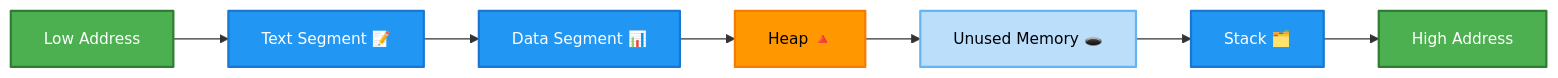
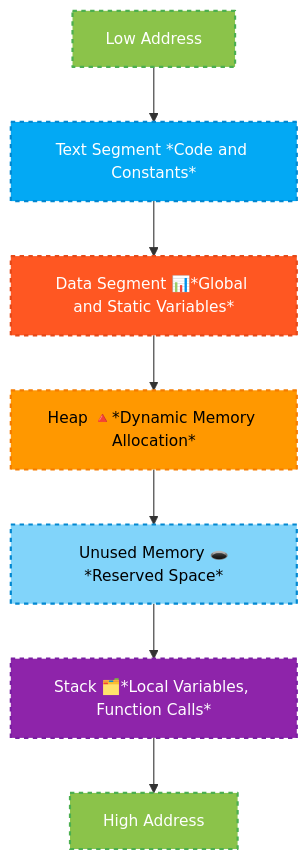
Before and after one commit to infoyouth/infoyouth.github.io: the second of 8 diagrams in _posts/2024-12-17-12.-c-memory-management.md, drawn with Mermaid. The commit also changed other lines of this file and 1 other file, not shown here.

````diff
--- a/_posts/2024-12-17-12.-c-memory-management.md
+++ b/_posts/2024-12-17-12.-c-memory-management.md
@@ -103,20 +104,35 @@
 ```mermaid
-graph LR
+graph TD
   %% Node Styles
-  style A fill:#4CAF50,stroke:#2E7D32,stroke-width:2,color:#FFFFFF,font-size:14px,stroke-linejoin:round
-  style B fill:#2196F3,stroke:#1976D2,stroke-width:2,color:#FFFFFF,font-size:14px,stroke-linejoin:round
-  style C fill:#2196F3,stroke:#1976D2,stroke-width:2,color:#FFFFFF,font-size:14px,stroke-linejoin:round
+  style A fill:#8BC34A,stroke:#4CAF50,stroke-width:2,color:#FFFFFF,font-size:14px,stroke-linejoin:round
+  style B fill:#03A9F4,stroke:#0288D1,stroke-width:2,color:#FFFFFF,font-size:14px,stroke-linejoin:round
+  style C fill:#FF5722,stroke:#E64A19,stroke-width:2,color:#FFFFFF,font-size:14px,stroke-linejoin:round
   style D fill:#FF9800,stroke:#F57C00,stroke-width:2,color:#000000,font-size:14px,stroke-linejoin:round
-  style E fill:#BBDEFB,stroke:#64B5F6,stroke-width:2,color:#000000,font-size:14px,stroke-linejoin:round
-  style F fill:#2196F3,stroke:#1976D2,stroke-width:2,color:#FFFFFF,font-size:14px,stroke-linejoin:round
-  style G fill:#4CAF50,stroke:#2E7D32,stroke-width:2,color:#FFFFFF,font-size:14px,stroke-linejoin:round
+  style E fill:#81D4FA,stroke:#0288D1,stroke-width:2,color:#000000,font-size:14px,stroke-linejoin:round
+  style F fill:#8E24AA,stroke:#7B1FA2,stroke-width:2,color:#FFFFFF,font-size:14px,stroke-linejoin:round
+  style G fill:#8BC34A,stroke:#4CAF50,stroke-width:2,color:#FFFFFF,font-size:14px,stroke-linejoin:round
 
   %% Node Definitions
-  A[Low Address] --> B[Text Segment 📝];
-  B --> C[Data Segment 📊];
-  C --> D[Heap 🔺];
-  D --> E[Unused Memory 🕳️];
-  E --> F[Stack 🗂️];
+  A[Low Address] --> B[Text Segment *Code and Constants*];
+  B --> C[Data Segment 📊*Global and Static Variables*];
+  C --> D[Heap 🔺*Dynamic Memory Allocation*];
+  D --> E[Unused Memory 🕳️*Reserved Space*];
+  E --> F[Stack 🗂️*Local Variables, Function Calls*];
   F --> G[High Address];
 
+  %% Detailed Explanations
+  class A,B,C,D,E,F,G description;
+
+  classDef description fill:#f0f0f0,stroke:#888888,color:#000000,font-size:12px,stroke-dasharray:4 4;
+
+  %% Text descriptions for each node
+  A:::description
+  B:::description
+  C:::description
+  D:::description
+  E:::description
+  F:::description
+  G:::description
+
+
 ```
````
